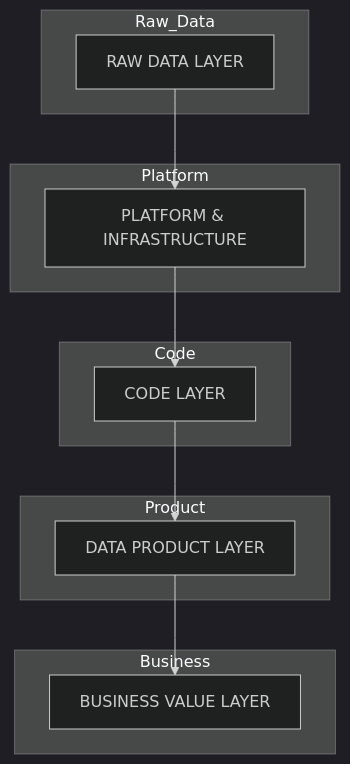
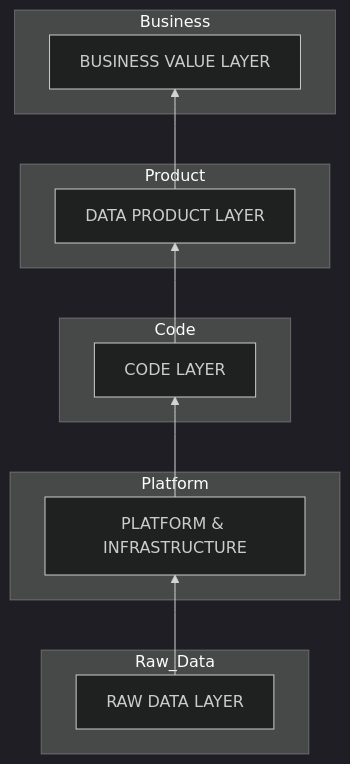
Before and after one commit to staffanrosen24/architecture-diagrams: the diagram in Data Product Code Framework.md, drawn with Mermaid (dark theme).

Commit message:
Update Data Product Code Framework.md

````diff
--- a/Data Product Code Framework.md
+++ b/Data Product Code Framework.md
@@ -1,25 +1,25 @@
 ```mermaid
-flowchart TB
+flowchart BT
 
     subgraph Raw_Data
         Raw["RAW DATA LAYER"]
     end
 
     subgraph Platform
         PlatformNode["PLATFORM & INFRASTRUCTURE"]
     end
 
     subgraph Code
         CodeNode["CODE LAYER"]
     end
 
     subgraph Product
         ProductNode["DATA PRODUCT LAYER"]
     end
 
     subgraph Business
         BusinessNode["BUSINESS VALUE LAYER"]
     end
 
     Raw --> PlatformNode --> CodeNode --> ProductNode --> BusinessNode
 ```
````
